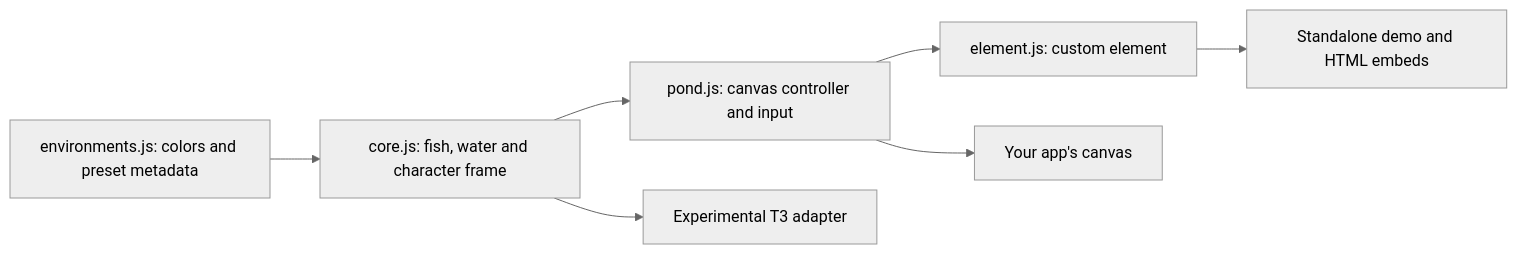
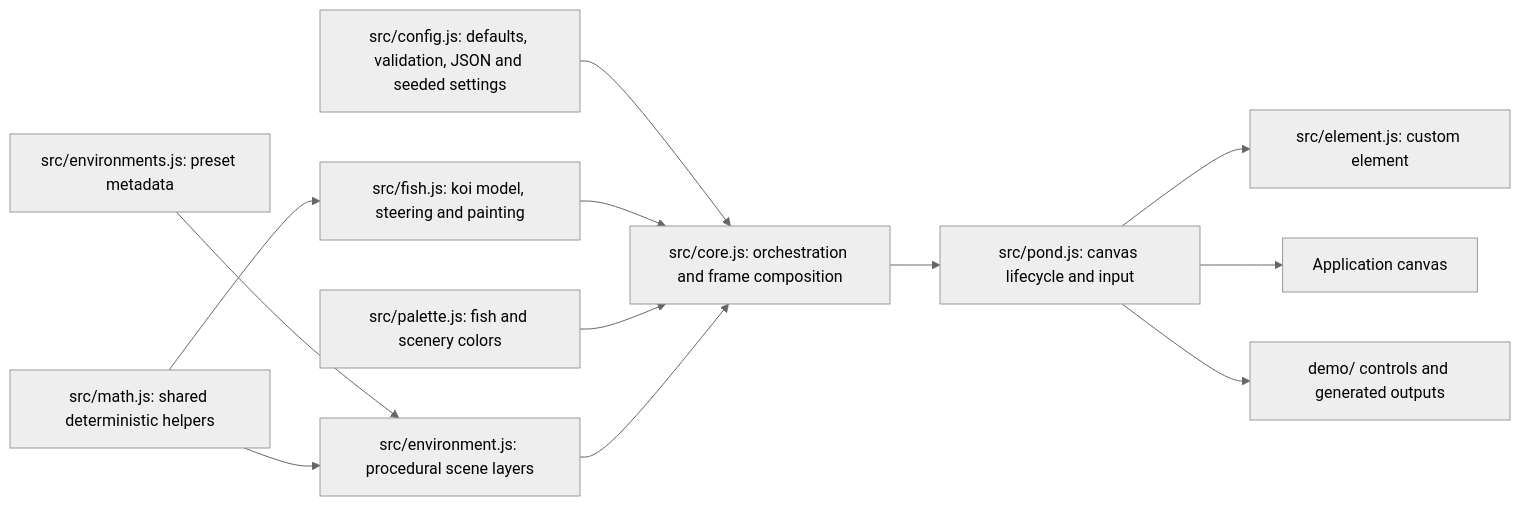
One commit to dhruvil-codes/koi-pond changed the diagram in docs/ARCHITECTURE.md. Above: the diagram before and after it, drawn with Mermaid (neutral theme). The commit also changed other lines of this file and 43 other files, not shown here.

Commit message:
Build procedural environment playground and reproducible embeds

````diff
--- a/docs/ARCHITECTURE.md
+++ b/docs/ARCHITECTURE.md
@@ -5,9 +5,15 @@
 ```mermaid
 flowchart LR
-  Presets[environments.js: colors and preset metadata] --> Core[core.js: fish, water and character frame]
-  Core --> Canvas[pond.js: canvas controller and input]
-  Canvas --> Element[element.js: custom element]
-  Canvas --> Host[Your app's canvas]
-  Element --> Demo[Standalone demo and HTML embeds]
-  Core --> T3[Experimental T3 adapter]
+  Config[src/config.js: defaults, validation, JSON and seeded settings] --> Core[src/core.js: orchestration and frame composition]
+  Fish[src/fish.js: koi model, steering and painting] --> Core
+  Environment[src/environment.js: procedural scene layers]
+  Environments[src/environments.js: preset metadata] --> Environment
+  Palette[src/palette.js: fish and scenery colors] --> Core
+  Math[src/math.js: shared deterministic helpers] --> Fish
+  Math --> Environment
+  Environment --> Core
+  Core --> Pond[src/pond.js: canvas lifecycle and input]
+  Pond --> Element[src/element.js: custom element]
+  Pond --> Host[Application canvas]
+  Pond --> Playground[demo/ controls and generated outputs]
 ```
````
